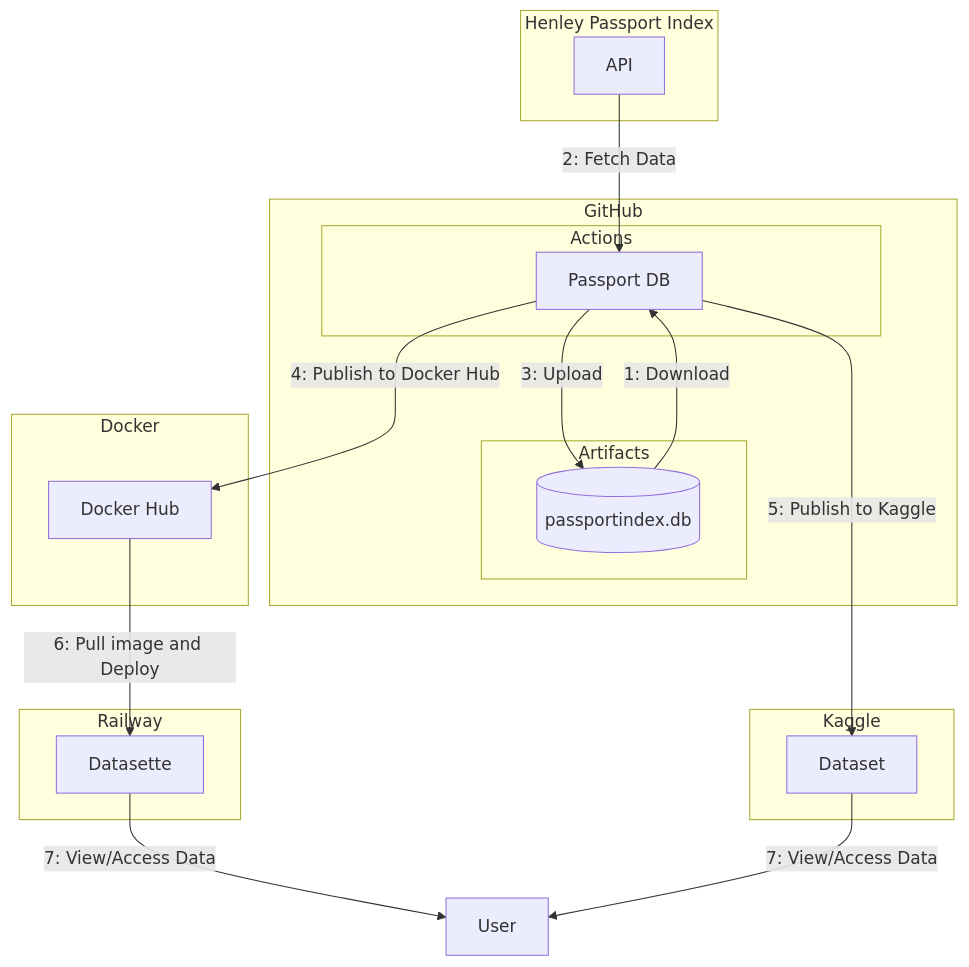
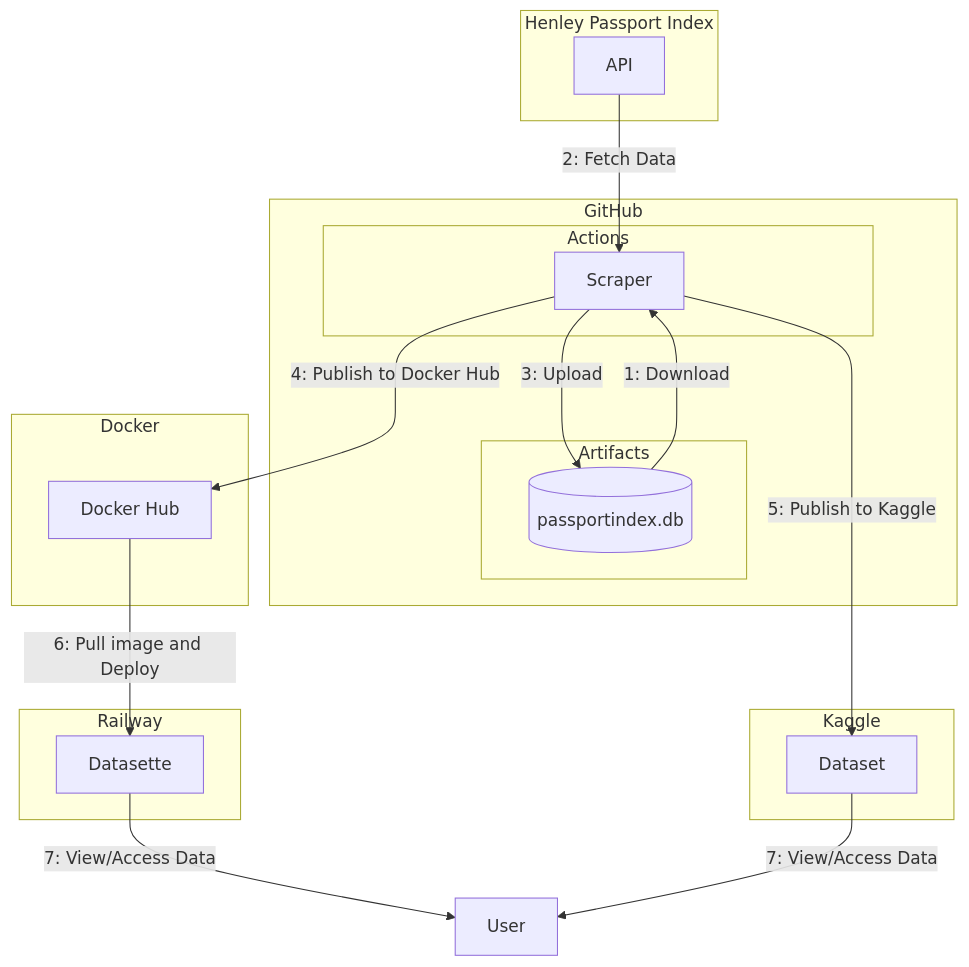
The first of 2 diagrams in README.md (ngshiheng/passportindexdb), drawn with Mermaid before and after one commit. The commit also changed other lines of this file and 1 other file, not shown here.

Commit message:
docs: update title

````diff
--- a/README.md
+++ b/README.md
@@ -9,32 +9,32 @@
 ```mermaid
 graph TB
     subgraph Railway
         deployment[Datasette]
     end
     subgraph GitHub
         subgraph Actions
-            scraper[Passport DB]
+            scraper[Scraper]
         end
         subgraph Artifacts
             db[(passportindex.db)]
             class db artifacts;
         end
     end
     subgraph Henley Passport Index
         api[API]
     end
     subgraph Docker
         dockerhub[Docker Hub]
     end
     subgraph Kaggle
         kaggle[Dataset]
     end
     db --> |1: Download| scraper
     api --> |2: Fetch Data| scraper
     scraper --> |3: Upload| db
     scraper --> |4: Publish to Docker Hub| dockerhub
     scraper --> |5: Publish to Kaggle| kaggle
     dockerhub --> |6: Pull image and Deploy| deployment
     deployment --> |7: View/Access Data| client[User]
     kaggle --> |7: View/Access Data| client[User]
 ```
````
